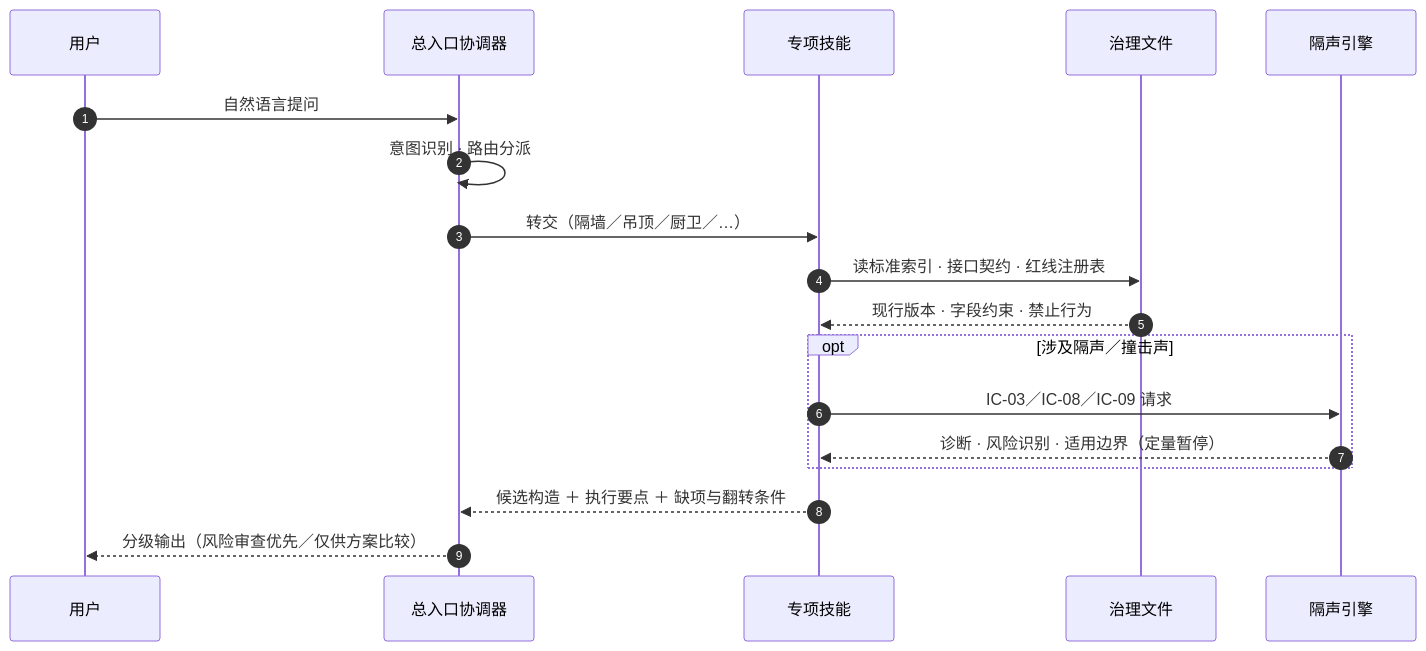
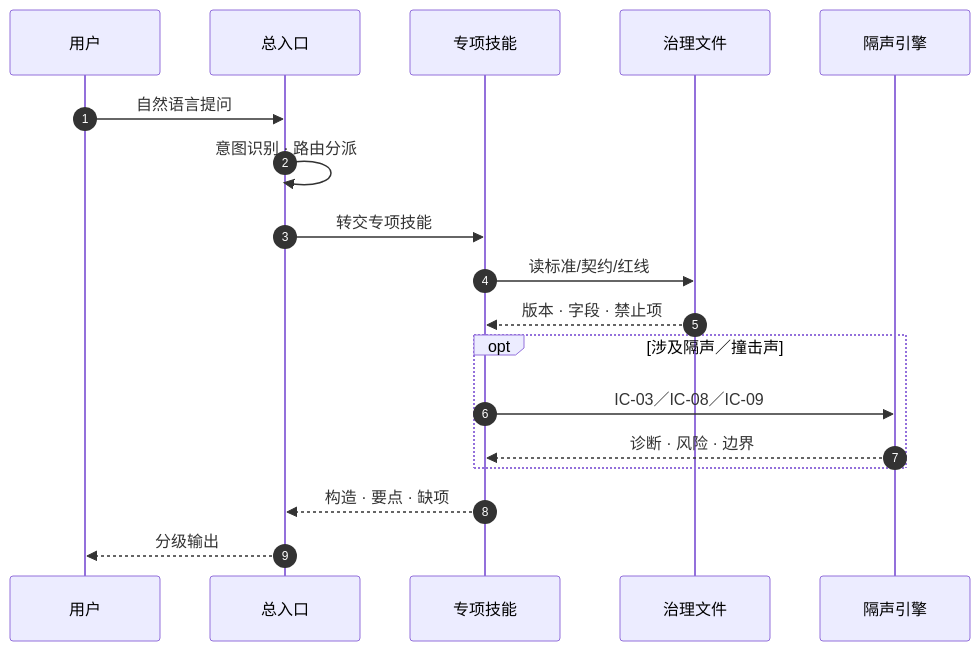
Before and after one commit to eiway112/prefab-interior-agent: the second of 5 diagrams in README.md, drawn with Mermaid. The commit also changed other lines of this file and 1 other file, not shown here.

First line of the commit message:
feat(公开面): 修复 README 流程图文字截断并校正事实（派生自开发仓 8c5f696）

````diff
--- a/README.md
+++ b/README.md
@@ -91,21 +93,21 @@
 ```mermaid
 sequenceDiagram
     autonumber
     participant U as 用户
-    participant OR as 总入口协调器
+    participant OR as 总入口
     participant SK as 专项技能
     participant GOV as 治理文件
     participant ACE as 隔声引擎
 
     U->>OR: 自然语言提问
     OR->>OR: 意图识别 · 路由分派
-    OR->>SK: 转交（隔墙／吊顶／厨卫／…）
-    SK->>GOV: 读标准索引 · 接口契约 · 红线注册表
-    GOV-->>SK: 现行版本 · 字段约束 · 禁止行为
+    OR->>SK: 转交专项技能
+    SK->>GOV: 读标准/契约/红线
+    GOV-->>SK: 版本 · 字段 · 禁止项
     opt 涉及隔声／撞击声
-        SK->>ACE: IC-03／IC-08／IC-09 请求
-        ACE-->>SK: 诊断 · 风险识别 · 适用边界（定量暂停）
+        SK->>ACE: IC-03／IC-08／IC-09
+        ACE-->>SK: 诊断 · 风险 · 边界
     end
-    SK-->>OR: 候选构造 ＋ 执行要点 ＋ 缺项与翻转条件
-    OR-->>U: 分级输出（风险审查优先／仅供方案比较）
+    SK-->>OR: 构造 · 要点 · 缺项
+    OR-->>U: 分级输出
 ```
````
